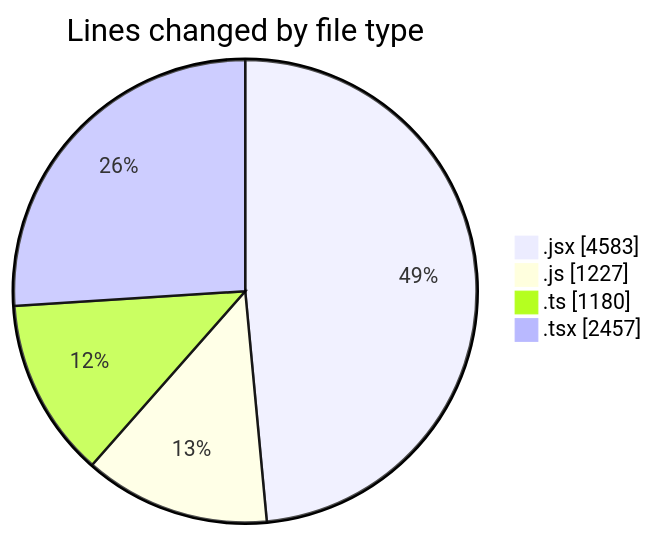
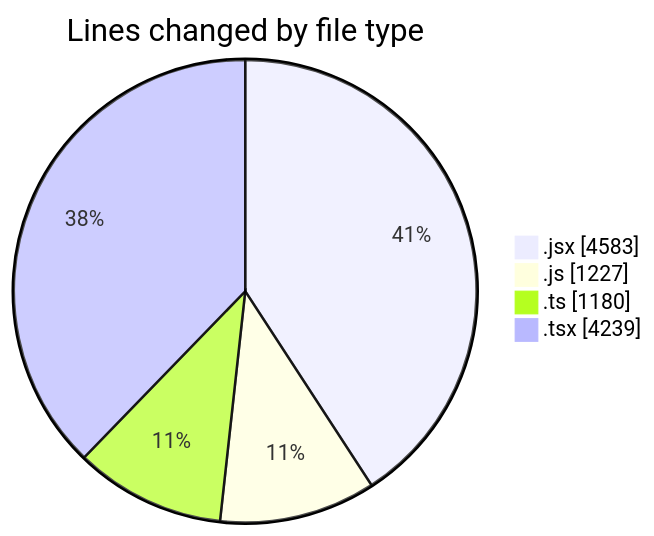
One commit to nxtqubesakshisongat/code-tracking changed the first of 2 diagrams in 2026-01-21/nxtqube_webapp/README.md. Above: the diagram before and after it, drawn with Mermaid. The commit also changed other lines of this file and 1 other file, not shown here.

````diff
--- a/2026-01-21/nxtqube_webapp/README.md
+++ b/2026-01-21/nxtqube_webapp/README.md
@@ -25,8 +26,8 @@
 ```mermaid
 pie showData
 title Lines changed by file type
 ".jsx" : 4583
 ".js" : 1227
 ".ts" : 1180
-".tsx" : 2457
+".tsx" : 4239
 ```
````
